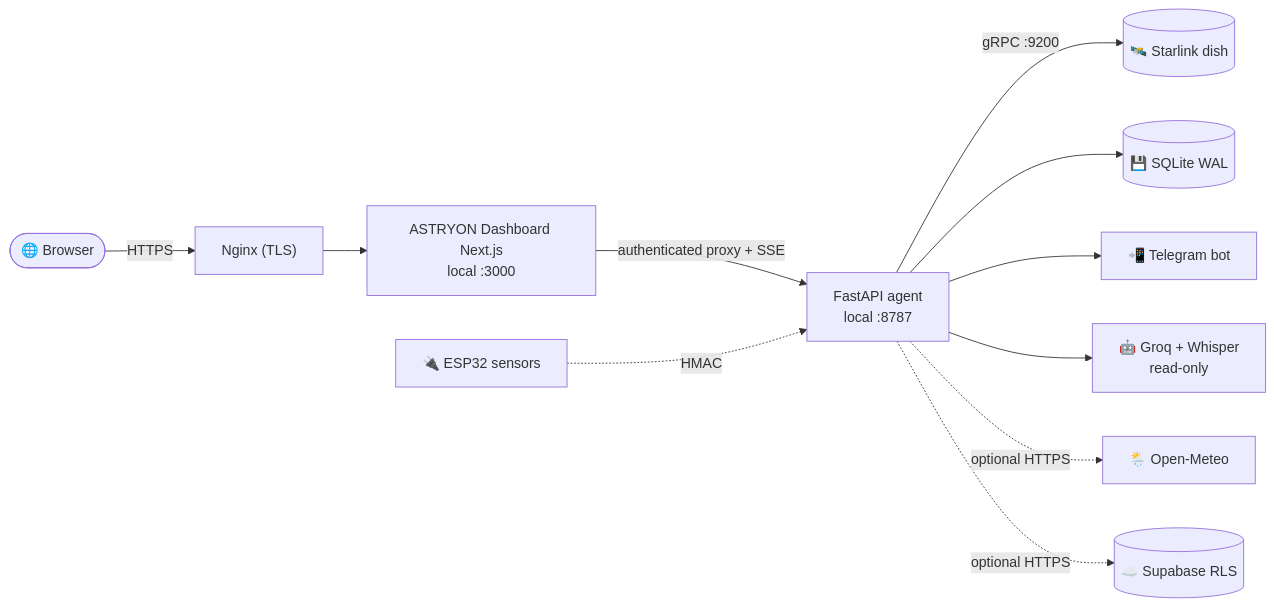
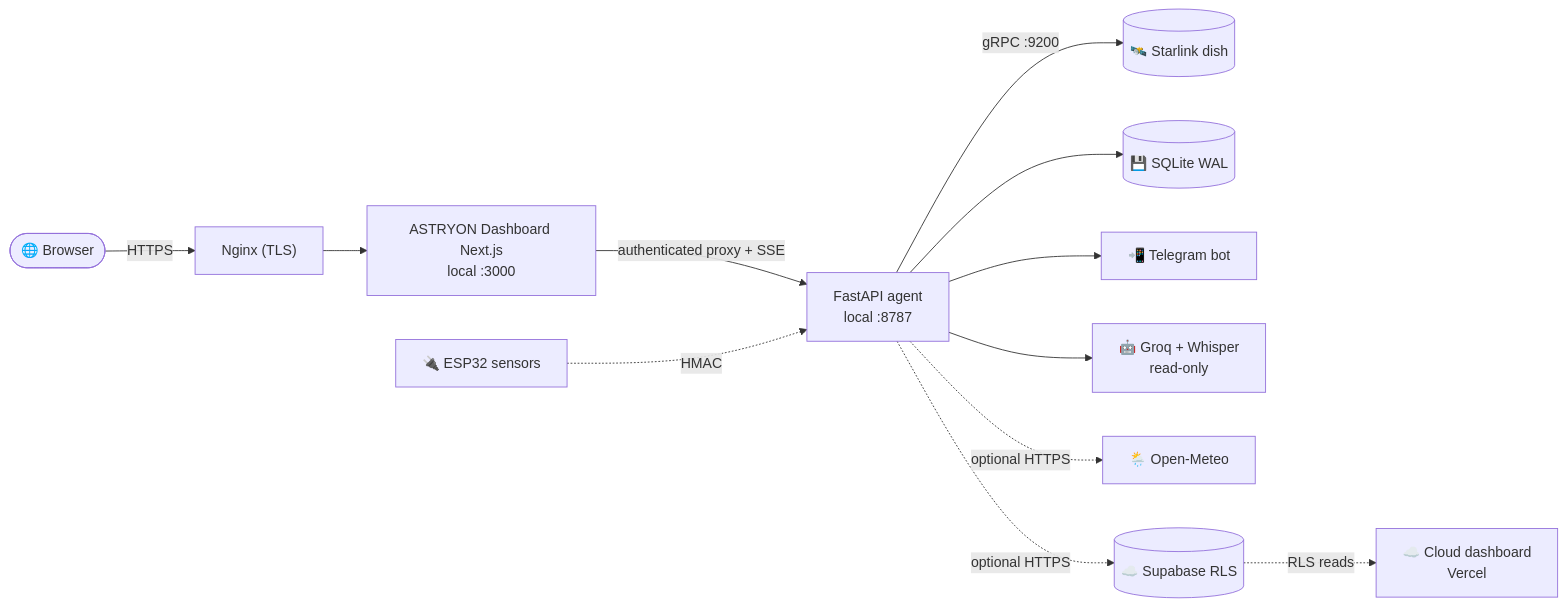
The second of 2 diagrams in README.md (carlosnj497-lgtm/orbitlink-ai), drawn with Mermaid before and after one commit. The commit also changed other lines of this file and 9 other files, not shown here.

````diff
--- a/README.md
+++ b/README.md
@@ -607,13 +711,14 @@
 ```mermaid
 flowchart LR
     Browser(["🌐 Browser"]) -->|"HTTPS"| Nginx["Nginx (TLS)"]
     Nginx --> Web["ASTRYON Dashboard Next.js<br/>local :3000"]
     Web -->|"authenticated proxy + SSE"| Agent["FastAPI agent<br/>local :8787"]
     Agent -->|"gRPC :9200"| Dish[("🛰️ Starlink dish")]
     Agent --> DB[("💾 SQLite WAL")]
     Agent --> TG["📲 Telegram bot"]
     Agent --> AI["🤖 Groq + Whisper<br/>read-only"]
     Agent -.->|"optional HTTPS"| Meteo["🌦️ Open-Meteo"]
     Agent -.->|"optional HTTPS"| Supa[("☁️ Supabase RLS")]
+    Supa -.->|"RLS reads"| Cloud["☁️ Cloud dashboard<br/>Vercel"]
     ESP["🔌 ESP32 sensors"] -.->|"HMAC"| Agent
 ```
````
